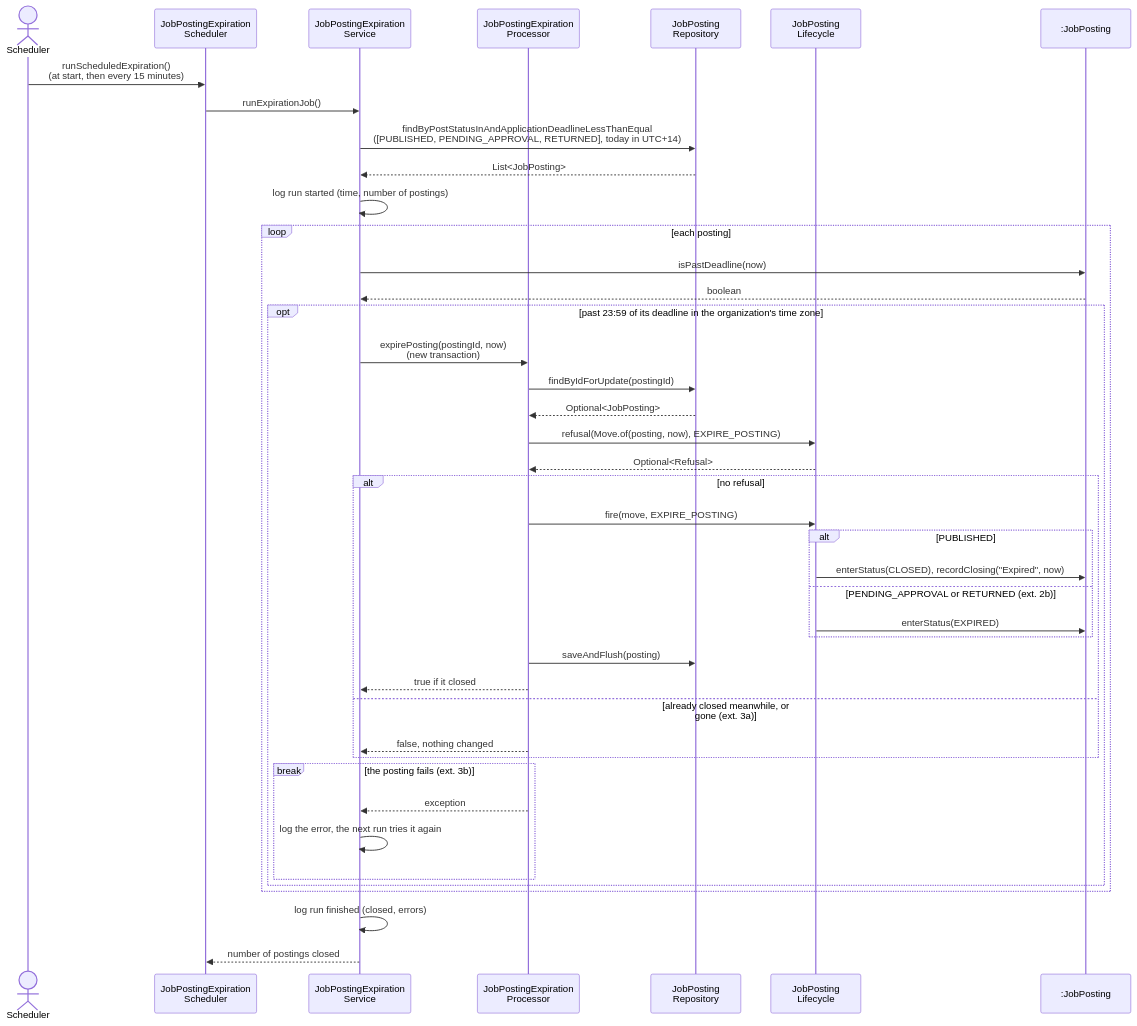
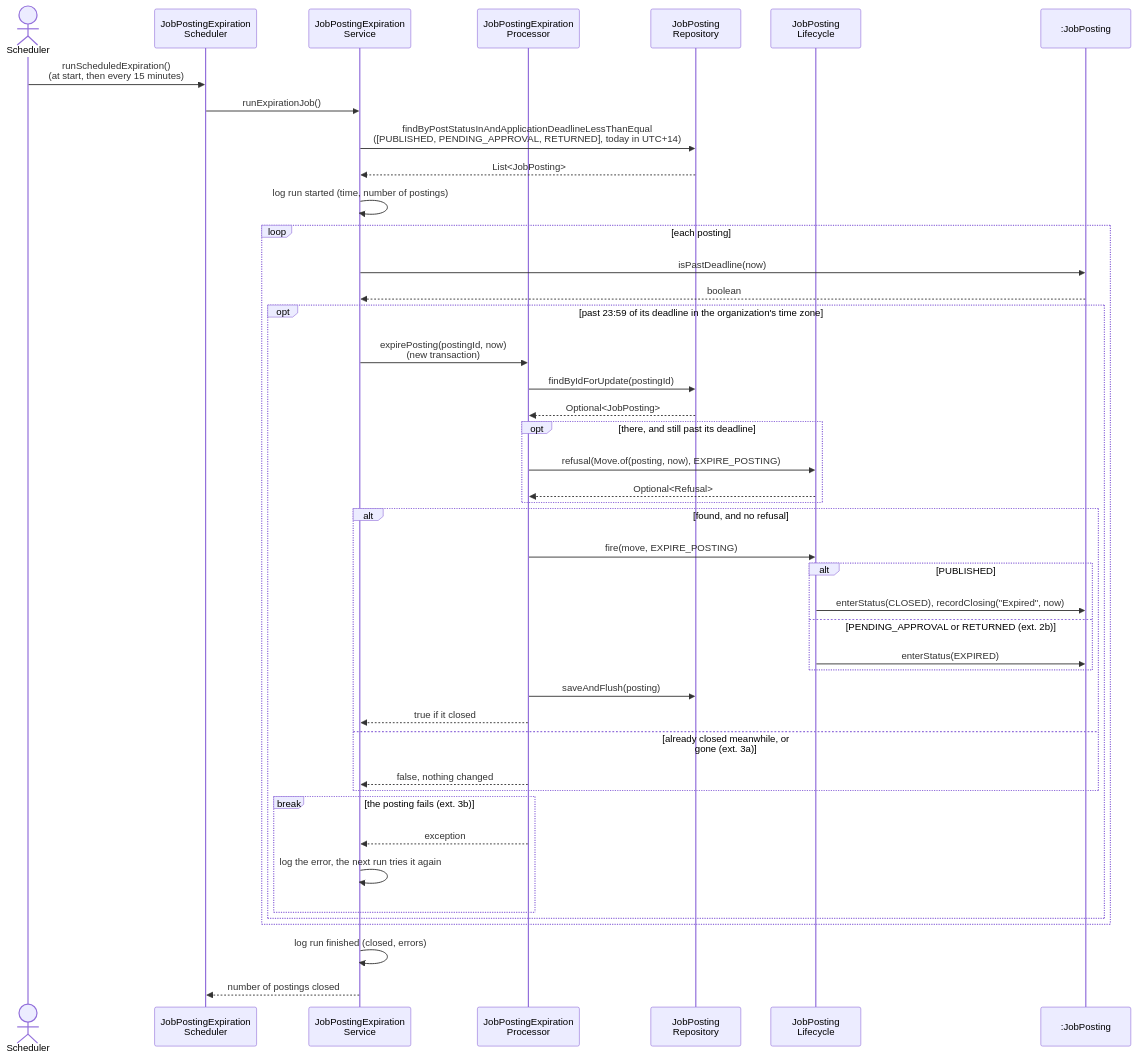
Before and after one commit to berdyshevol/careerbridge-csi5324: diagram 15 of 17 in spec/design.md, drawn with Mermaid. The commit also changed other lines of this file and 4 other files, not shown here.

````diff
--- a/spec/design.md
+++ b/spec/design.md
@@ -751,45 +755,47 @@
 ```mermaid
 sequenceDiagram
     actor S as Scheduler
     participant SC as JobPostingExpiration<br/>Scheduler
     participant ES as JobPostingExpiration<br/>Service
     participant PR as JobPostingExpiration<br/>Processor
     participant JR as JobPosting<br/>Repository
     participant L as JobPosting<br/>Lifecycle
     participant P as :JobPosting
 
     S->>SC: runScheduledExpiration()<br/>(at start, then every 15 minutes)
     SC->>ES: runExpirationJob()
     ES->>JR: findByPostStatusInAndApplicationDeadlineLessThanEqual<br/>([PUBLISHED, PENDING_APPROVAL, RETURNED], today in UTC+14)
     JR-->>ES: List<JobPosting>
     ES->>ES: log run started (time, number of postings)
     loop each posting
         ES->>P: isPastDeadline(now)
         P-->>ES: boolean
         opt past 23:59 of its deadline in the organization's time zone
             ES->>PR: expirePosting(postingId, now)<br/>(new transaction)
             PR->>JR: findByIdForUpdate(postingId)
             JR-->>PR: Optional<JobPosting>
-            PR->>L: refusal(Move.of(posting, now), EXPIRE_POSTING)
-            L-->>PR: Optional<Refusal>
-            alt no refusal
+            opt there, and still past its deadline
+                PR->>L: refusal(Move.of(posting, now), EXPIRE_POSTING)
+                L-->>PR: Optional<Refusal>
+            end
+            alt found, and no refusal
                 PR->>L: fire(move, EXPIRE_POSTING)
                 alt PUBLISHED
                     L->>P: enterStatus(CLOSED), recordClosing("Expired", now)
                 else PENDING_APPROVAL or RETURNED (ext. 2b)
                     L->>P: enterStatus(EXPIRED)
                 end
                 PR->>JR: saveAndFlush(posting)
                 PR-->>ES: true if it closed
             else already closed meanwhile, or gone (ext. 3a)
                 PR-->>ES: false, nothing changed
             end
             break the posting fails (ext. 3b)
                 PR-->>ES: exception
                 ES->>ES: log the error, the next run tries it again
             end
         end
     end
     ES->>ES: log run finished (closed, errors)
     ES-->>SC: number of postings closed
 ```
````
